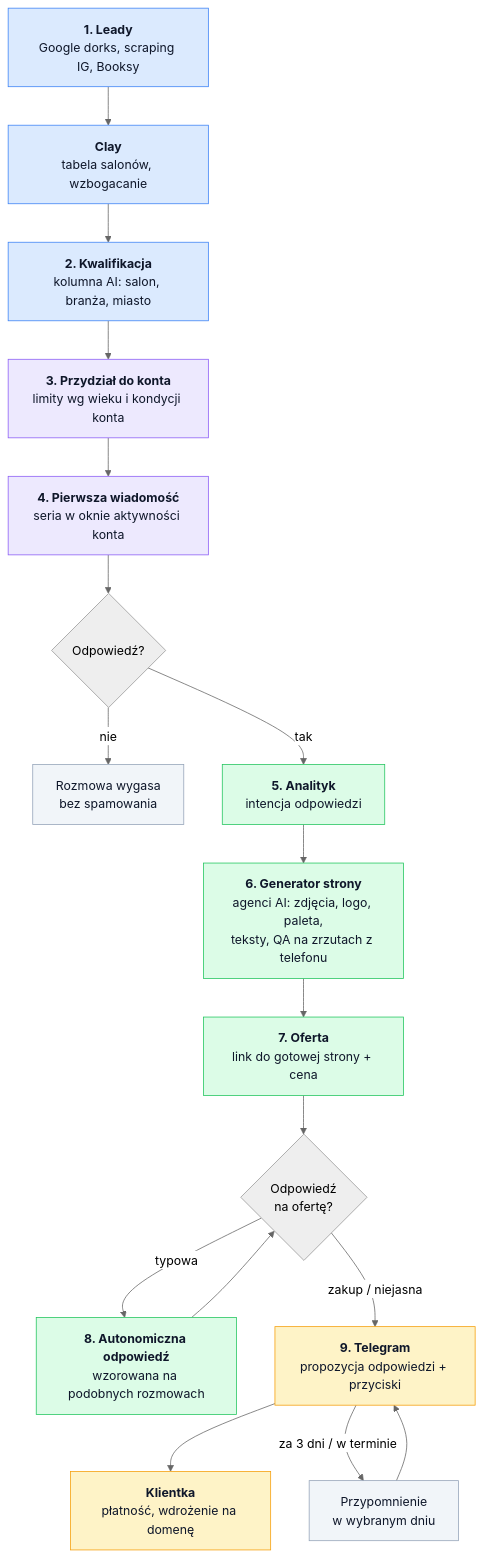
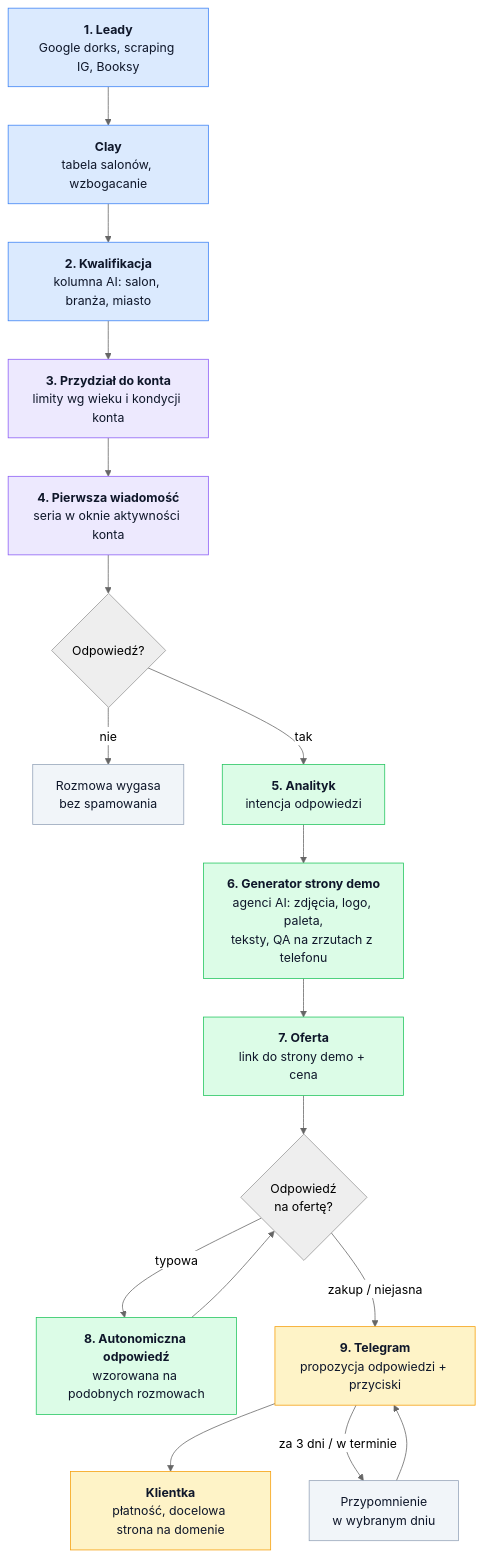
One commit to patrykolech/ai-sales-system-instagram changed the diagram in README.md. Above: the diagram before and after it, drawn with Mermaid (neutral theme). The commit also changed other lines of this file and 1 other file, not shown here.

Commit message:
Strona w ofercie opisana jako demo, ktore pokazuje mozliwosci

````diff
--- a/README.md
+++ b/README.md
@@ -23,30 +23,30 @@
 ```mermaid
 flowchart TD
     A["<b>1. Leady</b><br/>Google dorks, scraping IG, Booksy"] --> CL["<b>Clay</b><br/>tabela salonów, wzbogacanie"]
     CL --> B["<b>2. Kwalifikacja</b><br/>kolumna AI: salon, branża, miasto"]
     B --> C["<b>3. Przydział do konta</b><br/>limity wg wieku i kondycji konta"]
     C --> D["<b>4. Pierwsza wiadomość</b><br/>seria w oknie aktywności konta"]
     D --> E{"Odpowiedź?"}
     E -- nie --> F["Rozmowa wygasa<br/>bez spamowania"]
     E -- tak --> G["<b>5. Analityk</b><br/>intencja odpowiedzi"]
-    G --> H["<b>6. Generator strony</b><br/>agenci AI: zdjęcia, logo, paleta,<br/>teksty, QA na zrzutach z telefonu"]
-    H --> I["<b>7. Oferta</b><br/>link do gotowej strony + cena"]
+    G --> H["<b>6. Generator strony demo</b><br/>agenci AI: zdjęcia, logo, paleta,<br/>teksty, QA na zrzutach z telefonu"]
+    H --> I["<b>7. Oferta</b><br/>link do strony demo + cena"]
     I --> J{"Odpowiedź<br/>na ofertę?"}
     J -- "typowa" --> K["<b>8. Autonomiczna odpowiedź</b><br/>wzorowana na podobnych rozmowach"]
     J -- "zakup / niejasna" --> L["<b>9. Telegram</b><br/>propozycja odpowiedzi + przyciski"]
     K --> J
-    L --> M["<b>Klientka</b><br/>płatność, wdrożenie na domenę"]
+    L --> M["<b>Klientka</b><br/>płatność, docelowa strona na domenie"]
     L -- "za 3 dni / w terminie" --> N["Przypomnienie<br/>w wybranym dniu"]
     N --> L
 
     classDef dane fill:#dbeafe,stroke:#3b82f6,color:#0f172a
     classDef konta fill:#ede9fe,stroke:#8b5cf6,color:#0f172a
     classDef ai fill:#dcfce7,stroke:#22c55e,color:#0f172a
     classDef sprzedaz fill:#fef3c7,stroke:#f59e0b,color:#0f172a
     classDef boczne fill:#f1f5f9,stroke:#94a3b8,color:#0f172a
     class A,B,CL dane
     class C,D konta
     class G,H,I,K ai
     class L,M sprzedaz
     class F,N boczne
 ```
````
